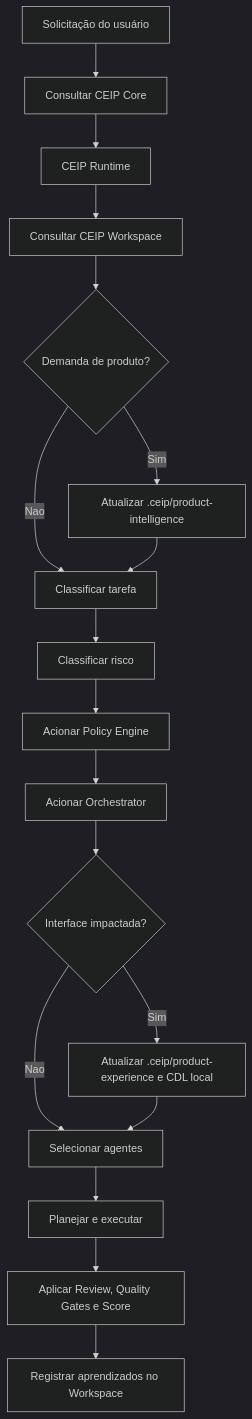
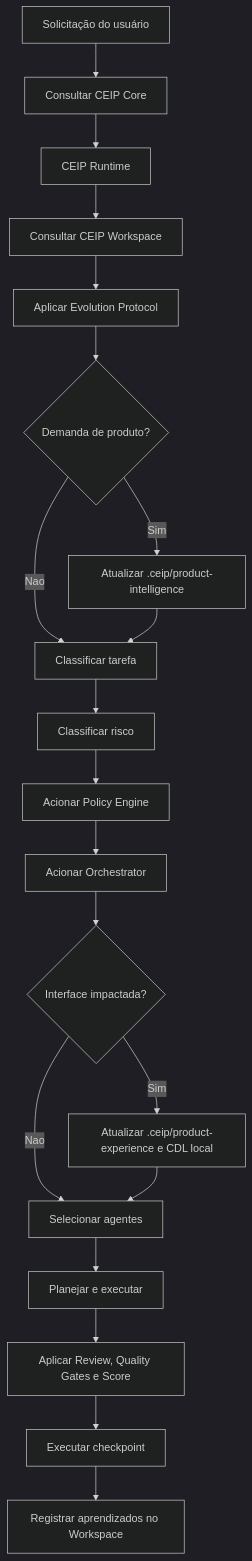
Before and after one commit to thyags/method-ceip: the diagram in workspace/README.md, drawn with Mermaid (dark theme). The commit also changed other lines of this file and 20 other files, not shown here.

Commit message:
Add CEIP evolution protocol to workspace

````diff
--- a/workspace/README.md
+++ b/workspace/README.md
@@ -44,20 +44,22 @@
 ```mermaid
 flowchart TD
     A["Solicitação do usuário"] --> B["Consultar CEIP Core"]
     B --> B1["CEIP Runtime"]
     B1 --> C["Consultar CEIP Workspace"]
-    C --> D{"Demanda de produto?"}
+    C --> C1["Aplicar Evolution Protocol"]
+    C1 --> D{"Demanda de produto?"}
     D -->|Sim| E["Atualizar .ceip/product-intelligence"]
     D -->|Nao| F["Classificar tarefa"]
     E --> F
     F --> G["Classificar risco"]
     G --> H["Acionar Policy Engine"]
     H --> I["Acionar Orchestrator"]
     I --> J{"Interface impactada?"}
     J -->|Sim| K["Atualizar .ceip/product-experience e CDL local"]
     J -->|Nao| L["Selecionar agentes"]
     K --> L
     L --> M["Planejar e executar"]
     M --> N["Aplicar Review, Quality Gates e Score"]
-    N --> O["Registrar aprendizados no Workspace"]
+    N --> O["Executar checkpoint"]
+    O --> P["Registrar aprendizados no Workspace"]
 ```
````
